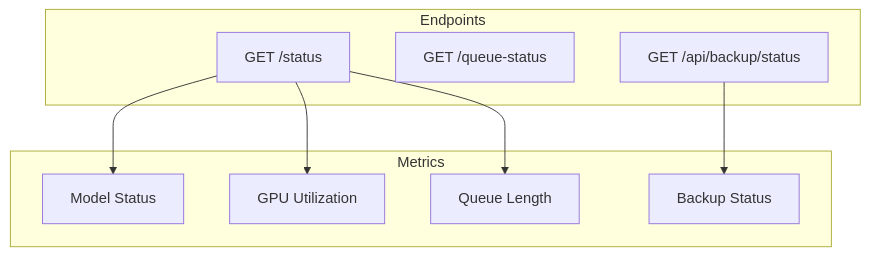
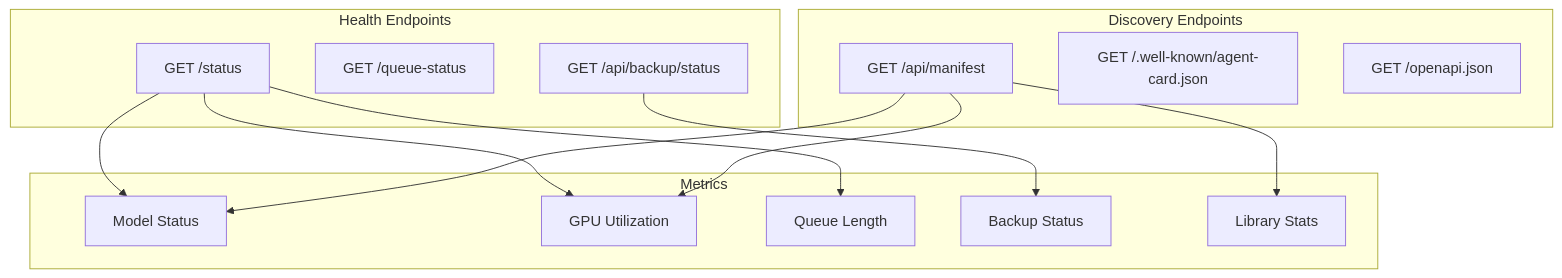
The diagram in docs/operations/monitoring.md (Valpatel/app-soundbox), drawn with Mermaid before and after one commit. The commit also changed other lines of this file and 26 other files, not shown here.

````diff
--- a/docs/operations/monitoring.md
+++ b/docs/operations/monitoring.md
@@ -5,20 +5,30 @@
 ```mermaid
 graph TD
-    subgraph Endpoints
+    subgraph "Health Endpoints"
         A[GET /status]
         B[GET /queue-status]
         C[GET /api/backup/status]
+    end
+
+    subgraph "Discovery Endpoints"
+        D1[GET /api/manifest]
+        D2[GET /.well-known/agent-card.json]
+        D3[GET /openapi.json]
     end
 
     subgraph Metrics
         D[Model Status]
         E[GPU Utilization]
         F[Queue Length]
         G[Backup Status]
+        H[Library Stats]
     end
 
     A --> D
     A --> E
     A --> F
     C --> G
+    D1 --> H
+    D1 --> D
+    D1 --> E
 ```
````
